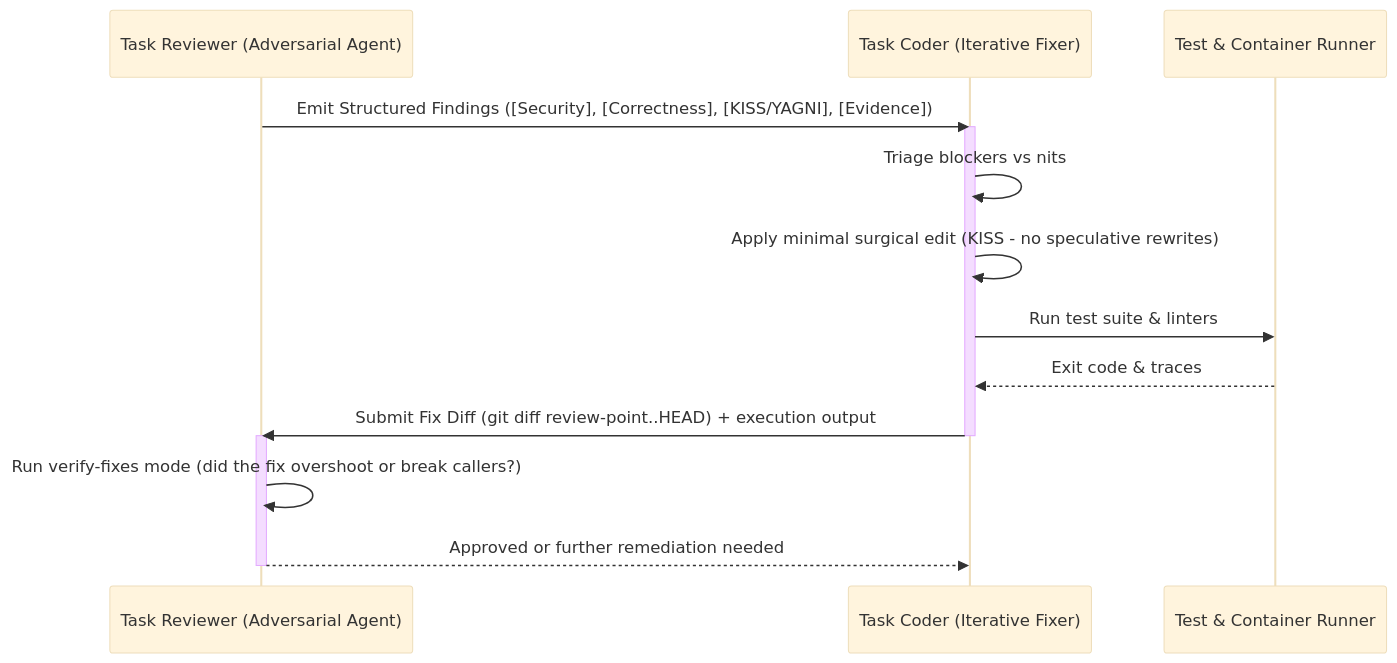
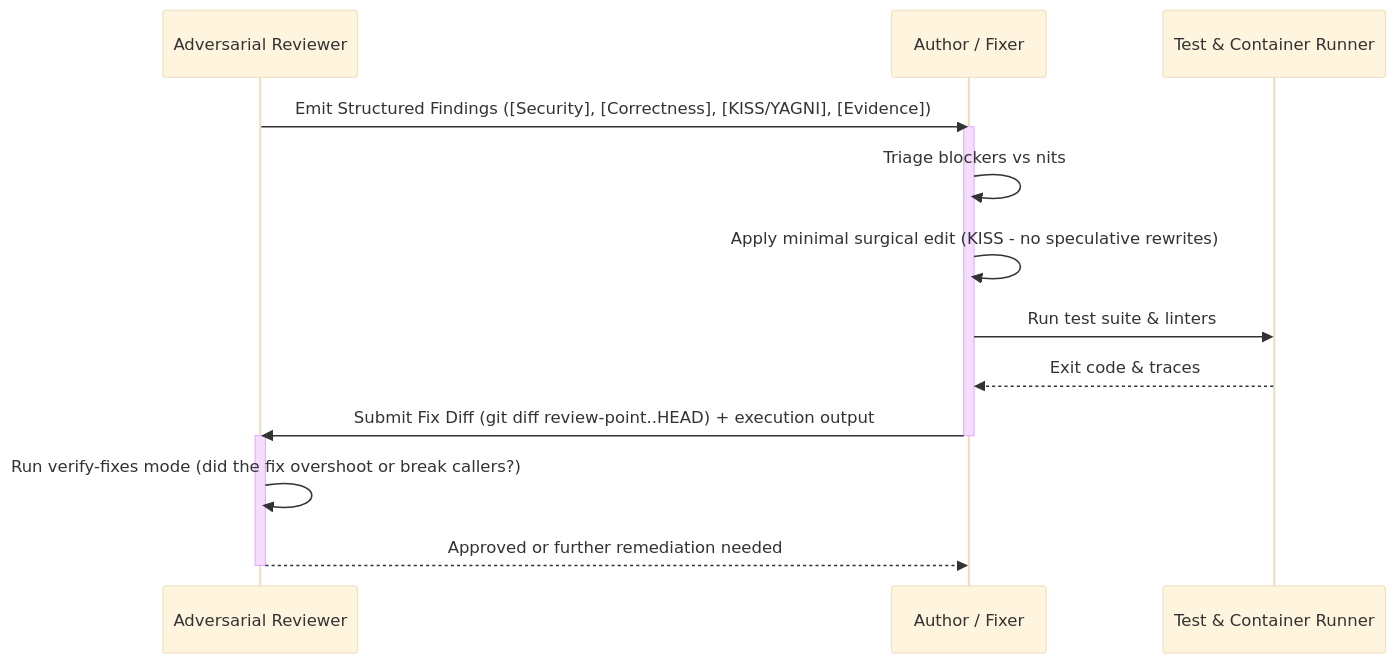
Before and after one commit to werlang/user-skills: the second of 2 diagrams in skills/code-review/references/evidence-and-launch-checklist.md, drawn with Mermaid (base theme). The commit also changed other lines of this file and 9 other files, not shown here.

````diff
--- a/skills/code-review/references/evidence-and-launch-checklist.md
+++ b/skills/code-review/references/evidence-and-launch-checklist.md
@@ -112,19 +112,19 @@
 ```mermaid
 sequenceDiagram
-    participant Reviewer as Task Reviewer (Adversarial Agent)
-    participant Coder as Task Coder (Iterative Fixer)
+    participant Reviewer as Adversarial Reviewer
+    participant Coder as Author / Fixer
     participant Environment as Test & Container Runner
 
     Reviewer->>Coder: Emit Structured Findings ([Security], [Correctness], [KISS/YAGNI], [Evidence])
     activate Coder
     Coder->>Coder: Triage blockers vs nits
     Coder->>Coder: Apply minimal surgical edit (KISS - no speculative rewrites)
     Coder->>Environment: Run test suite & linters
     Environment-->>Coder: Exit code & traces
     Coder->>Reviewer: Submit Fix Diff (git diff review-point..HEAD) + execution output
     deactivate Coder
     activate Reviewer
     Reviewer->>Reviewer: Run verify-fixes mode (did the fix overshoot or break callers?)
     Reviewer-->>Coder: Approved or further remediation needed
     deactivate Reviewer
 ```
````
